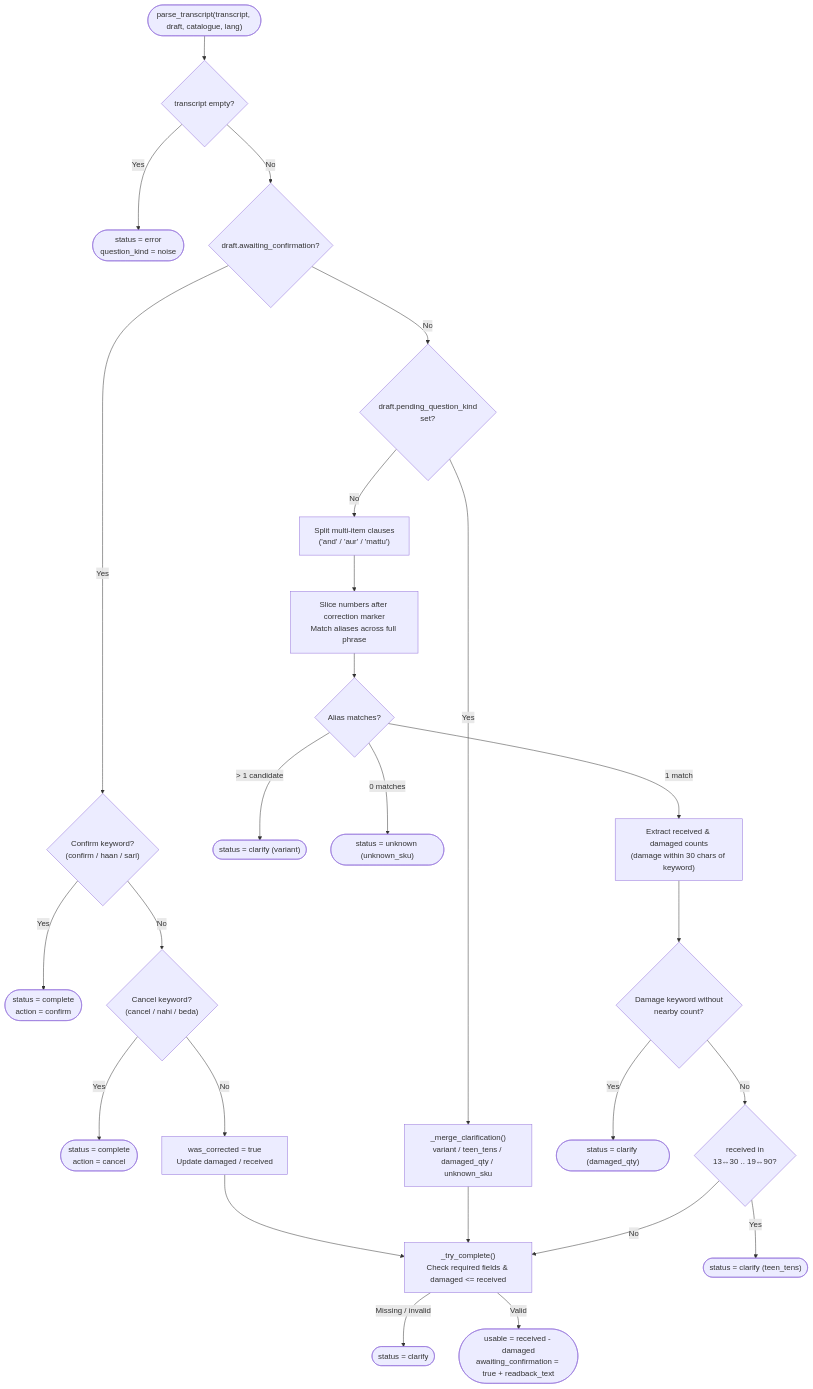
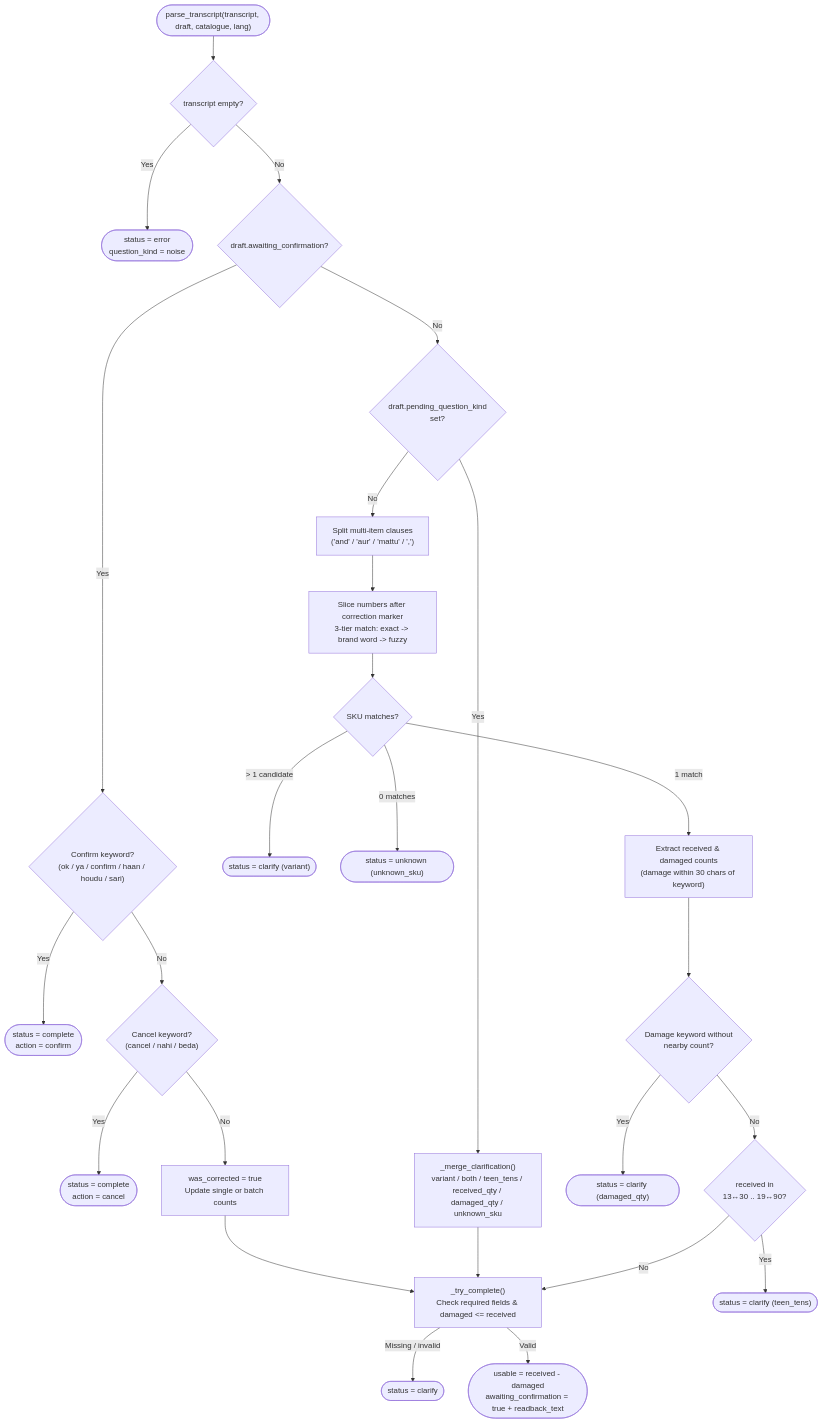
The fourth of 4 diagrams in README.md (Ravichandranayakar/kiranaflow), drawn with Mermaid before and after one commit. The commit also changed other lines of this file and 9 other files, not shown here.

````diff
--- a/README.md
+++ b/README.md
@@ -101,34 +101,34 @@
 ```mermaid
 flowchart TD
     Start(["parse_transcript(transcript, draft, catalogue, lang)"]) --> Empty{"transcript empty?"}
     Empty -->|Yes| ErrResp(["status = error\nquestion_kind = noise"])
     Empty -->|No| WaitConf{"draft.awaiting_confirmation?"}
 
-    WaitConf -->|Yes| ConfirmKw{"Confirm keyword?\n(confirm / haan / sari)"}
+    WaitConf -->|Yes| ConfirmKw{"Confirm keyword?\n(ok / ya / confirm / haan / houdu / sari)"}
     ConfirmKw -->|Yes| RetConfirm(["status = complete\naction = confirm"])
     ConfirmKw -->|No| CancelKw{"Cancel keyword?\n(cancel / nahi / beda)"}
     CancelKw -->|Yes| RetCancel(["status = complete\naction = cancel"])
-    CancelKw -->|No| CorrTurn["was_corrected = true\nUpdate damaged / received"]
+    CancelKw -->|No| CorrTurn["was_corrected = true\nUpdate single or batch counts"]
     CorrTurn --> TryComplete
 
     WaitConf -->|No| PendingQ{"draft.pending_question_kind\nset?"}
-    PendingQ -->|Yes| MergeClar["_merge_clarification()\nvariant / teen_tens / damaged_qty / unknown_sku"]
+    PendingQ -->|Yes| MergeClar["_merge_clarification()\nvariant / both / teen_tens / received_qty / damaged_qty / unknown_sku"]
     MergeClar --> TryComplete
 
-    PendingQ -->|No| MultiSplit["Split multi-item clauses\n('and' / 'aur' / 'mattu')"]
-    MultiSplit --> Step1["Slice numbers after correction marker\nMatch aliases across full phrase"]
-    Step1 --> MatchCount{"Alias matches?"}
+    PendingQ -->|No| MultiSplit["Split multi-item clauses\n('and' / 'aur' / 'mattu' / ',')"]
+    MultiSplit --> Step1["Slice numbers after correction marker\n3-tier match: exact -> brand word -> fuzzy"]
+    Step1 --> MatchCount{"SKU matches?"}
 
     MatchCount -->|"> 1 candidate"| RetVariant(["status = clarify (variant)"])
     MatchCount -->|"0 matches"| RetUnknown(["status = unknown (unknown_sku)"])
     MatchCount -->|"1 match"| AssignProd["Extract received & damaged counts\n(damage within 30 chars of keyword)"]
 
     AssignProd --> DmgMissing{"Damage keyword without\nnearby count?"}
     DmgMissing -->|Yes| RetDmgQty(["status = clarify (damaged_qty)"])
     DmgMissing -->|No| TeenCheck{"received in\n13↔30 .. 19↔90?"}
     TeenCheck -->|Yes| RetTeen(["status = clarify (teen_tens)"])
     TeenCheck -->|No| TryComplete["_try_complete()\nCheck required fields & damaged <= received"]
 
     TryComplete -->|Missing / invalid| AskMissing(["status = clarify"])
     TryComplete -->|Valid| Ready(["usable = received - damaged\nawaiting_confirmation = true + readback_text"])
 ```
````
